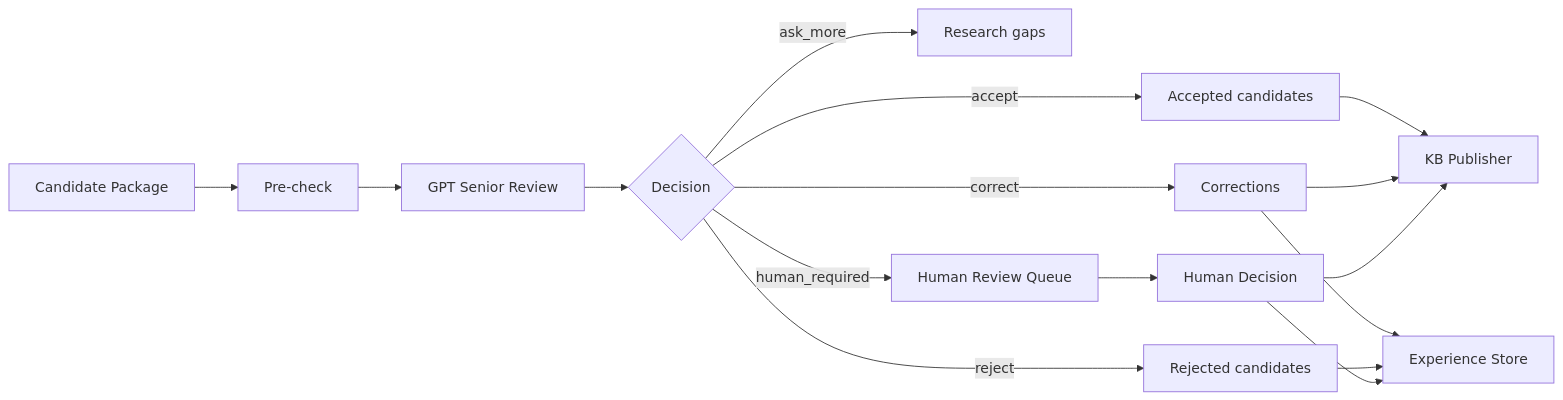
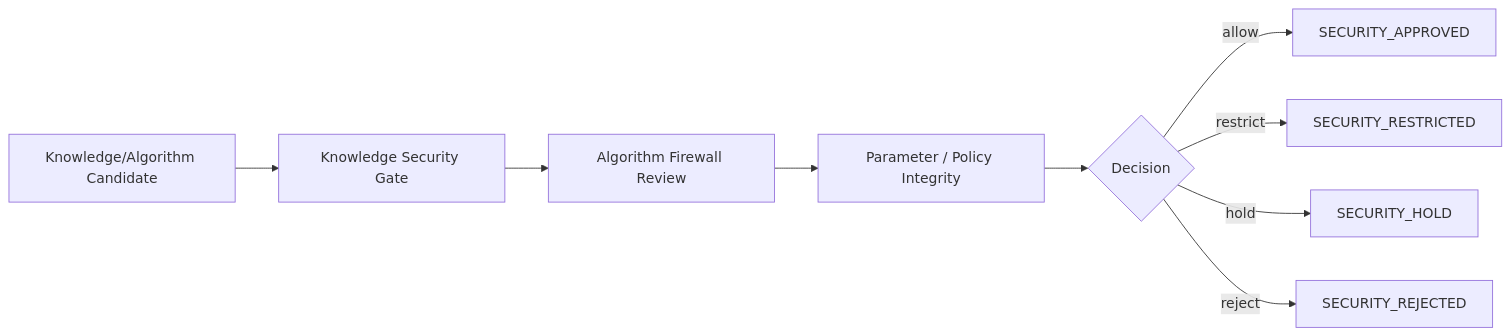
The seventh of 10 diagrams in DZ_17/C4_ARCHITECTURE.md (VictorKVS/Vibe-coding), drawn with Mermaid before and after one commit. The commit also changed other lines of this file, not shown here.

Commit message:
design(dz17): align C4 with Knowledge Factory data and security model

````diff
--- a/DZ_17/C4_ARCHITECTURE.md
+++ b/DZ_17/C4_ARCHITECTURE.md
@@ -245,18 +250,11 @@
 ```mermaid
 flowchart LR
-    P[Candidate Package] --> PRE[Pre-check]
-    PRE --> SEN[GPT Senior Review]
-    SEN --> D{Decision}
-    D -->|accept| A[Accepted candidates]
-    D -->|correct| C[Corrections]
-    D -->|reject| R[Rejected candidates]
-    D -->|ask_more| Q[Research gaps]
-    D -->|human_required| H[Human Review Queue]
-    H --> HF[Human Decision]
-    A --> PUB[KB Publisher]
-    C --> PUB
-    HF --> PUB
-    C --> EXP[Experience Store]
-    R --> EXP
-    HF --> EXP
+    OBJ[Knowledge/Algorithm Candidate] --> KG[Knowledge Security Gate]
+    KG --> AF[Algorithm Firewall Review]
+    AF --> P[Parameter / Policy Integrity]
+    P --> D{Decision}
+    D -->|allow| OK[SECURITY_APPROVED]
+    D -->|restrict| R[SECURITY_RESTRICTED]
+    D -->|hold| H[SECURITY_HOLD]
+    D -->|reject| X[SECURITY_REJECTED]
 ```
````
